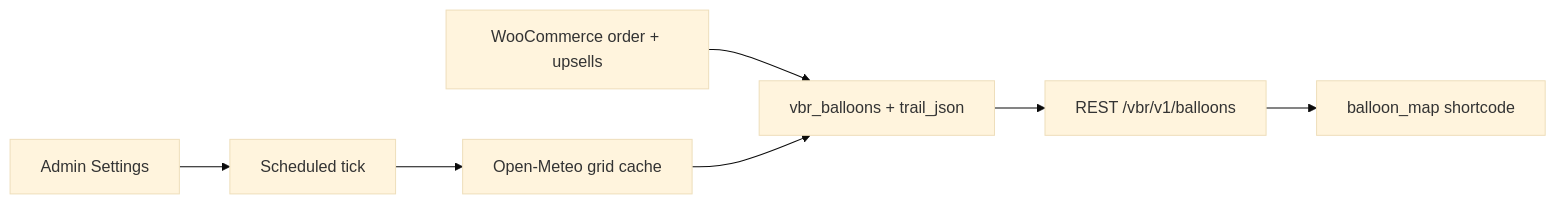
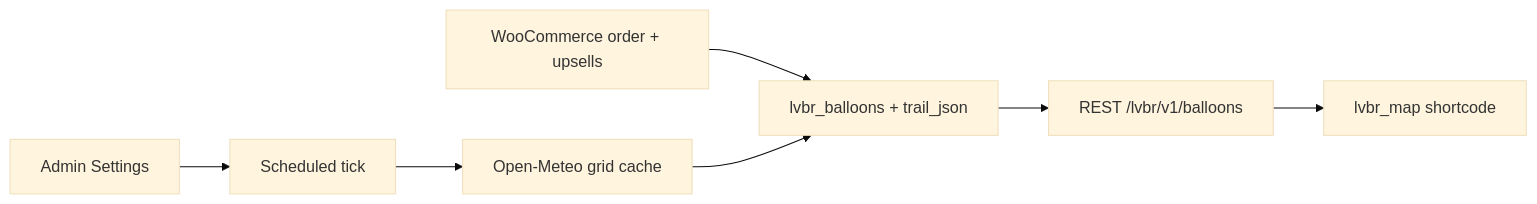
The diagram in docs/design.md (f3zz3h/virtual-balloon-race), drawn with Mermaid (base theme) before and after one commit. The commit also changed other lines of this file and 105 other files, not shown here.

````diff
--- a/docs/design.md
+++ b/docs/design.md
@@ -7,16 +7,16 @@
 ```mermaid
 flowchart LR
   settings[Admin Settings]
   woo[WooCommerce order + upsells]
   cron[Scheduled tick]
   weather[Open-Meteo grid cache]
-  db[vbr_balloons + trail_json]
-  rest[REST /vbr/v1/balloons]
-  map[balloon_map shortcode]
+  db[lvbr_balloons + trail_json]
+  rest[REST /lvbr/v1/balloons]
+  map[lvbr_map shortcode]
   settings --> cron
   woo --> db
   cron --> weather
   weather --> db
   db --> rest
   rest --> map
 ```
````
